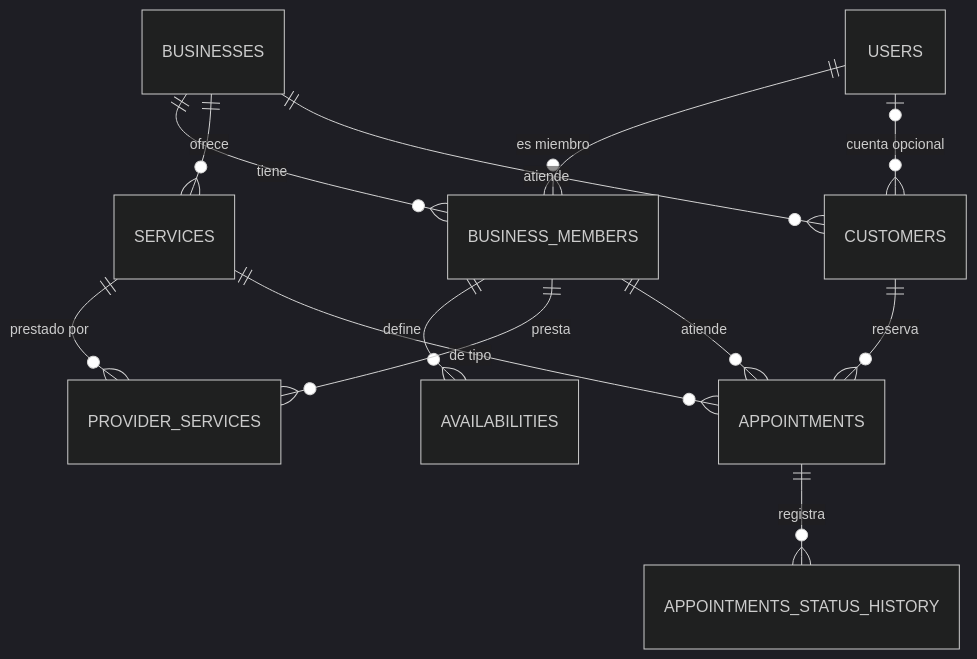
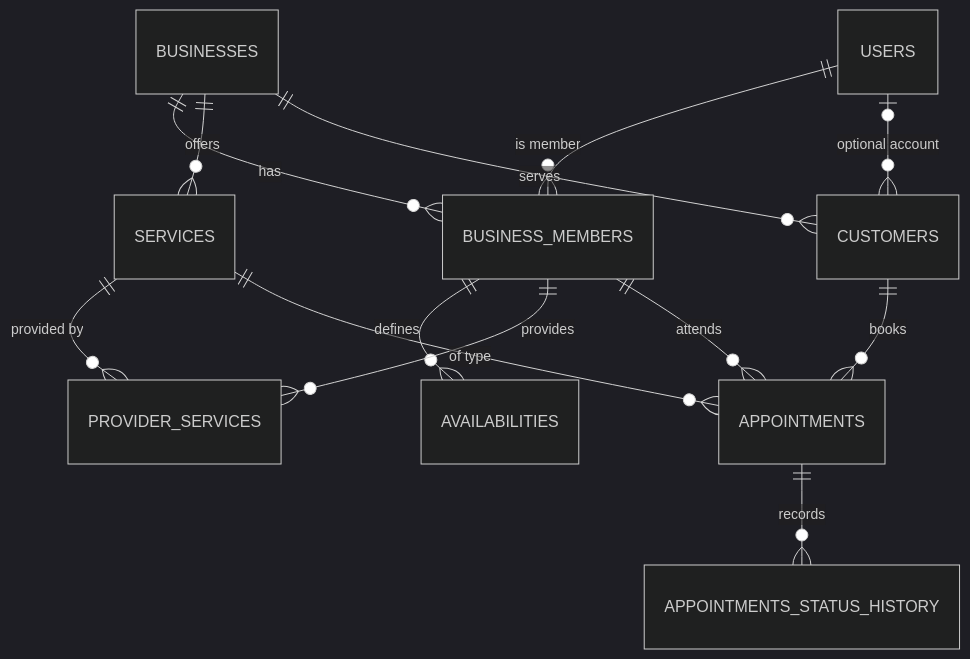
One commit to TeitanG/SchedulingSoftware changed the first of 2 diagrams in README.md. Above: the diagram before and after it, drawn with Mermaid (dark theme). The commit also changed other lines of this file, not shown here.

````diff
--- a/README.md
+++ b/README.md
@@ -99,15 +98,15 @@
 ```mermaid
 erDiagram
-    BUSINESSES ||--o{ BUSINESS_MEMBERS : "tiene"
-    USERS ||--o{ BUSINESS_MEMBERS : "es miembro"
-    BUSINESSES ||--o{ SERVICES : "ofrece"
-    BUSINESSES ||--o{ CUSTOMERS : "atiende"
-    USERS |o--o{ CUSTOMERS : "cuenta opcional"
-    BUSINESS_MEMBERS ||--o{ AVAILABILITIES : "define"
-    BUSINESS_MEMBERS ||--o{ PROVIDER_SERVICES : "presta"
-    SERVICES ||--o{ PROVIDER_SERVICES : "prestado por"
-    CUSTOMERS ||--o{ APPOINTMENTS : "reserva"
-    BUSINESS_MEMBERS ||--o{ APPOINTMENTS : "atiende"
-    SERVICES ||--o{ APPOINTMENTS : "de tipo"
-    APPOINTMENTS ||--o{ APPOINTMENTS_STATUS_HISTORY : "registra"
+    BUSINESSES ||--o{ BUSINESS_MEMBERS : "has"
+    USERS ||--o{ BUSINESS_MEMBERS : "is member"
+    BUSINESSES ||--o{ SERVICES : "offers"
+    BUSINESSES ||--o{ CUSTOMERS : "serves"
+    USERS |o--o{ CUSTOMERS : "optional account"
+    BUSINESS_MEMBERS ||--o{ AVAILABILITIES : "defines"
+    BUSINESS_MEMBERS ||--o{ PROVIDER_SERVICES : "provides"
+    SERVICES ||--o{ PROVIDER_SERVICES : "provided by"
+    CUSTOMERS ||--o{ APPOINTMENTS : "books"
+    BUSINESS_MEMBERS ||--o{ APPOINTMENTS : "attends"
+    SERVICES ||--o{ APPOINTMENTS : "of type"
+    APPOINTMENTS ||--o{ APPOINTMENTS_STATUS_HISTORY : "records"
 ```
````
